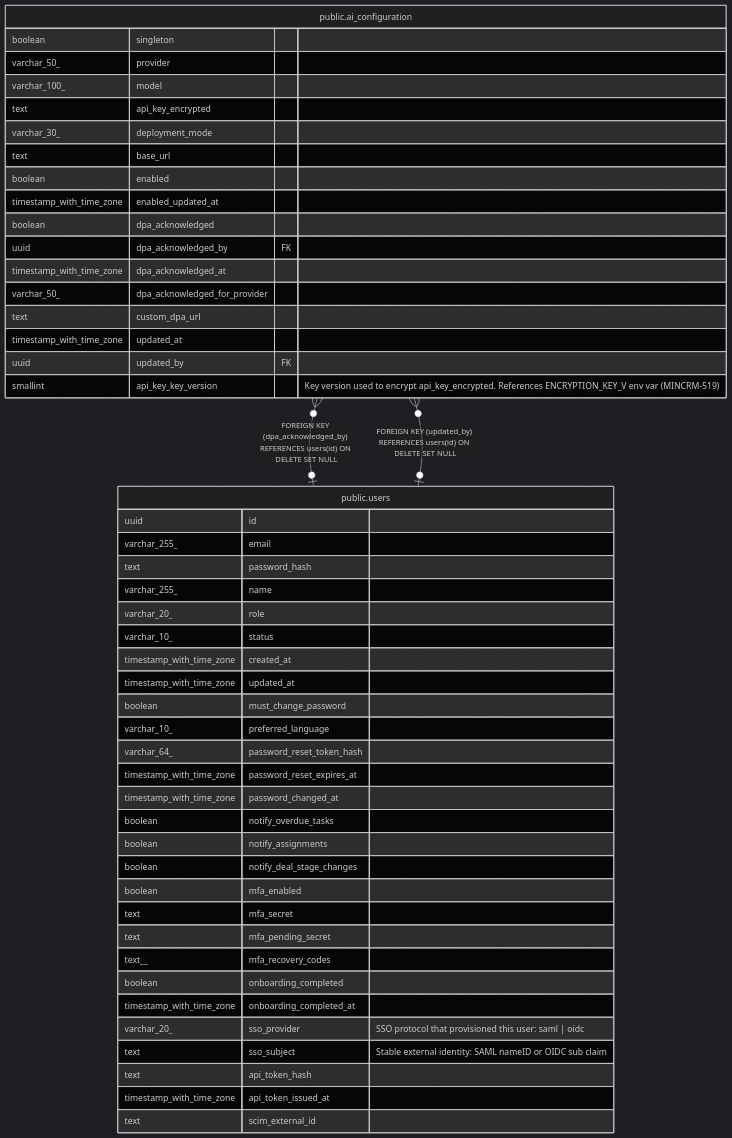
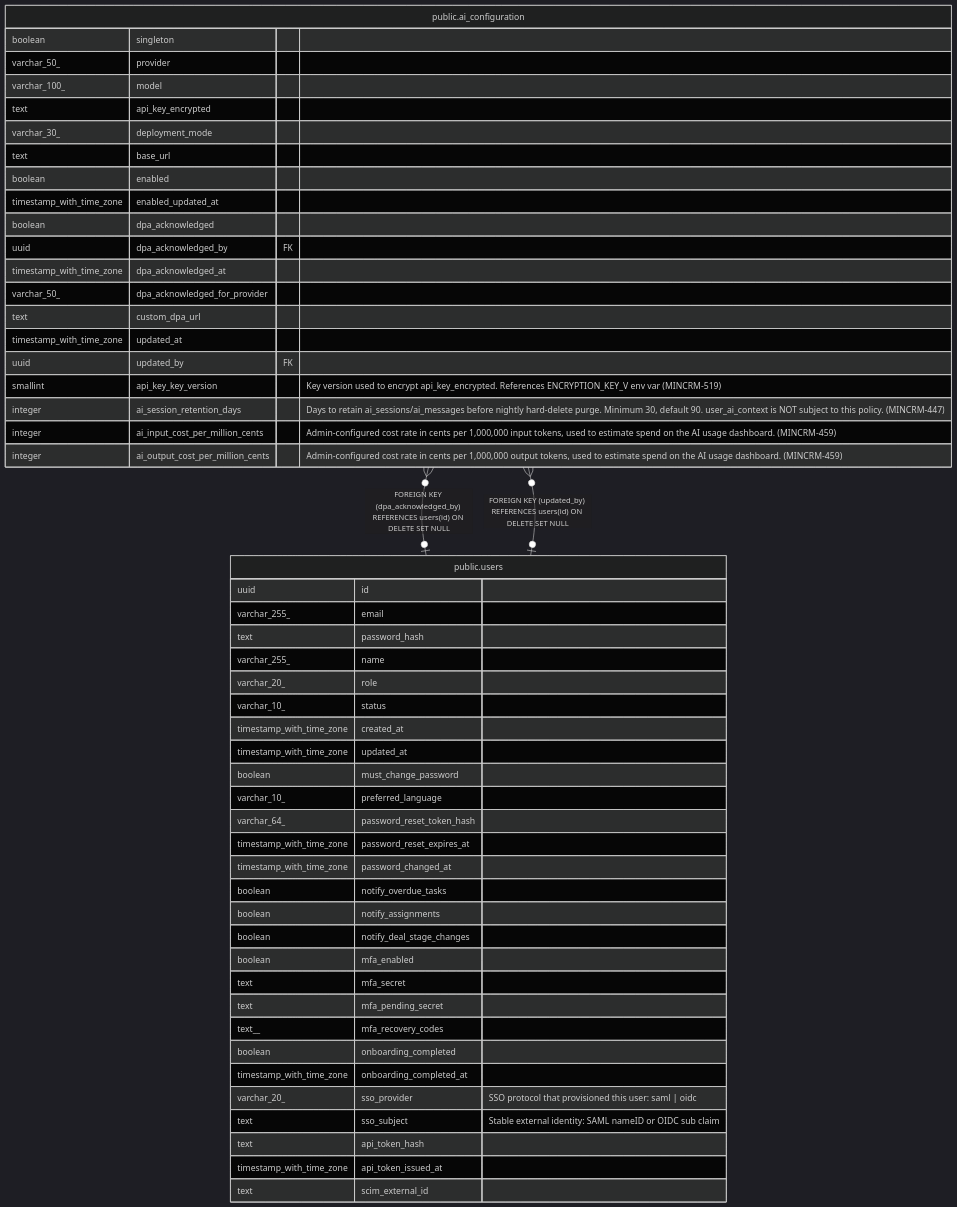
The diagram in docs/schema/public.ai_configuration.md (rkseattle/minicrm), drawn with Mermaid (dark theme) before and after one commit. The commit also changed other lines of this file and 20 other files, not shown here.

First line of the commit message:
Add DB schema for AI cost rate config, per-feature/day usage tracking, and field exclusions (MINCRM-459, MINCRM-461)

````diff
--- a/docs/schema/public.ai_configuration.md
+++ b/docs/schema/public.ai_configuration.md
@@ -41,54 +47,57 @@
 ```mermaid
 erDiagram
 
 "public.ai_configuration" }o--o| "public.users" : "FOREIGN KEY (dpa_acknowledged_by) REFERENCES users(id) ON DELETE SET NULL"
 "public.ai_configuration" }o--o| "public.users" : "FOREIGN KEY (updated_by) REFERENCES users(id) ON DELETE SET NULL"
 
 "public.ai_configuration" {
   boolean singleton ""
   varchar_50_ provider ""
   varchar_100_ model ""
   text api_key_encrypted ""
   varchar_30_ deployment_mode ""
   text base_url ""
   boolean enabled ""
   timestamp_with_time_zone enabled_updated_at ""
   boolean dpa_acknowledged ""
   uuid dpa_acknowledged_by FK ""
   timestamp_with_time_zone dpa_acknowledged_at ""
   varchar_50_ dpa_acknowledged_for_provider ""
   text custom_dpa_url ""
   timestamp_with_time_zone updated_at ""
   uuid updated_by FK ""
   smallint api_key_key_version "Key version used to encrypt api_key_encrypted. References ENCRYPTION_KEY_V<n> env var (MINCRM-519)"
+  integer ai_session_retention_days "Days to retain ai_sessions/ai_messages before nightly hard-delete purge. Minimum 30, default 90. user_ai_context is NOT subject to this policy. (MINCRM-447)"
+  integer ai_input_cost_per_million_cents "Admin-configured cost rate in cents per 1,000,000 input tokens, used to estimate spend on the AI usage dashboard. (MINCRM-459)"
+  integer ai_output_cost_per_million_cents "Admin-configured cost rate in cents per 1,000,000 output tokens, used to estimate spend on the AI usage dashboard. (MINCRM-459)"
 }
 "public.users" {
   uuid id ""
   varchar_255_ email ""
   text password_hash ""
   varchar_255_ name ""
   varchar_20_ role ""
   varchar_10_ status ""
   timestamp_with_time_zone created_at ""
   timestamp_with_time_zone updated_at ""
   boolean must_change_password ""
   varchar_10_ preferred_language ""
   varchar_64_ password_reset_token_hash ""
   timestamp_with_time_zone password_reset_expires_at ""
   timestamp_with_time_zone password_changed_at ""
   boolean notify_overdue_tasks ""
   boolean notify_assignments ""
   boolean notify_deal_stage_changes ""
   boolean mfa_enabled ""
   text mfa_secret ""
   text mfa_pending_secret ""
   text__ mfa_recovery_codes ""
   boolean onboarding_completed ""
   timestamp_with_time_zone onboarding_completed_at ""
   varchar_20_ sso_provider "SSO protocol that provisioned this user: saml | oidc"
   text sso_subject "Stable external identity: SAML nameID or OIDC sub claim"
   text api_token_hash ""
   timestamp_with_time_zone api_token_issued_at ""
   text scim_external_id ""
 }
 ```
````
